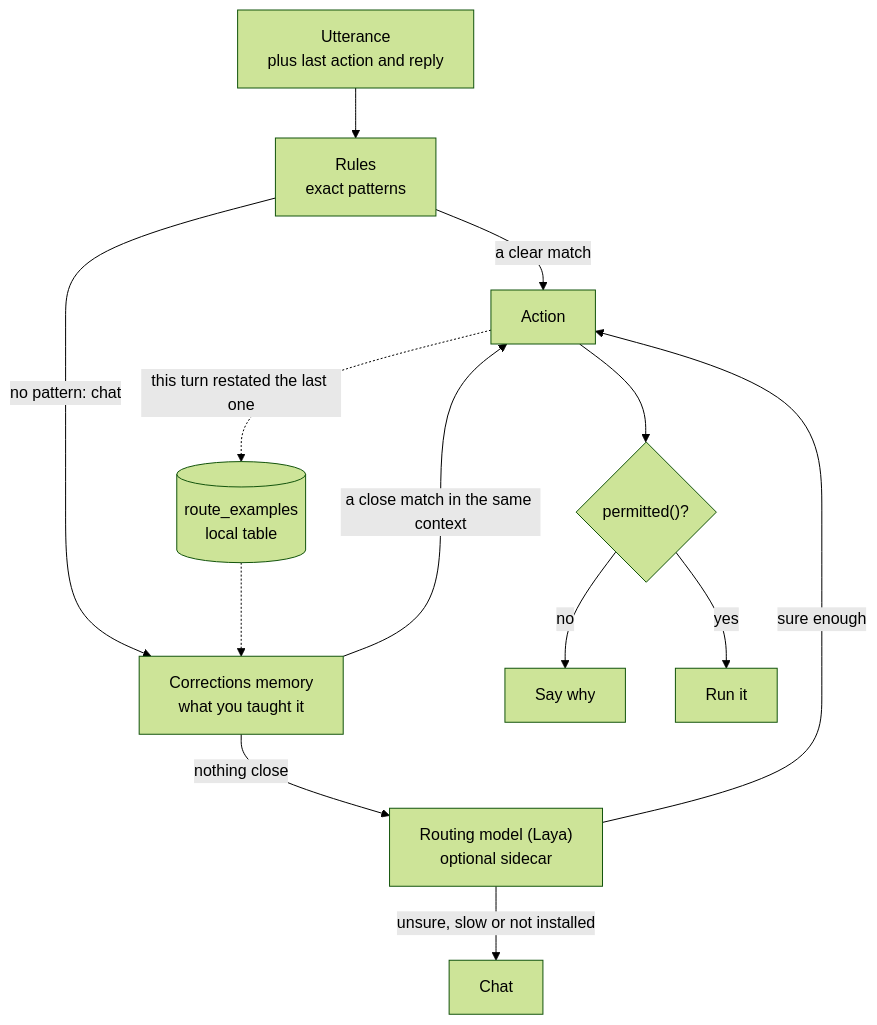
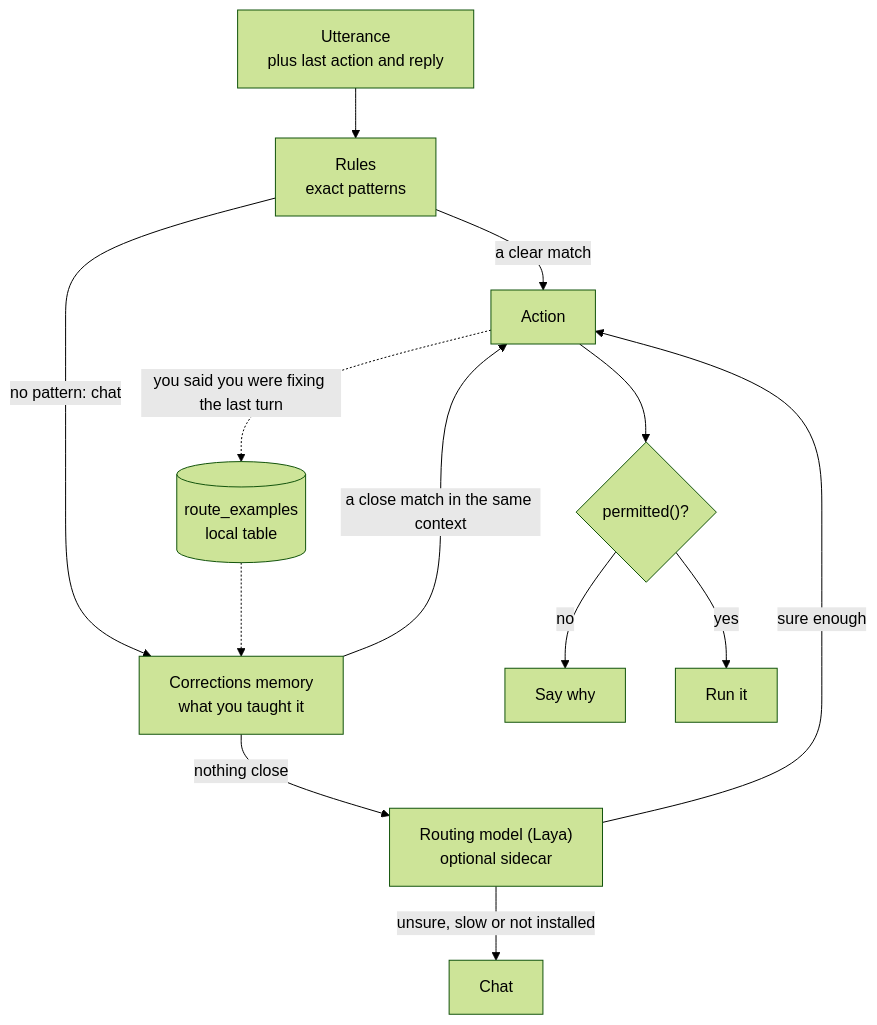
Before and after one commit to rithulkamesh/sunday: the fifth of 9 diagrams in docs/ARCHITECTURE.md, drawn with Mermaid (forest theme). The commit also changed 3 other files, not shown here.

````diff
--- a/docs/ARCHITECTURE.md
+++ b/docs/ARCHITECTURE.md
@@ -132,15 +132,15 @@
 ```mermaid
 flowchart TD
     u["Utterance<br/>plus last action and reply"] --> r["Rules<br/>exact patterns"]
     r -- "a clear match" --> a["Action"]
     r -- "no pattern: chat" --> m["Corrections memory<br/>what you taught it"]
     m -- "a close match in the same context" --> a
     m -- "nothing close" --> d["Routing model (Laya)<br/>optional sidecar"]
     d -- "sure enough" --> a
     d -- "unsure, slow or not installed" --> chat["Chat"]
     a --> p{"permitted()?"}
     p -- "no" --> why["Say why"]
     p -- "yes" --> go["Run it"]
-    a -. "this turn restated the last one" .-> learn[("route_examples<br/>local table")]
+    a -. "you said you were fixing the last turn" .-> learn[("route_examples<br/>local table")]
     learn -.-> m
 ```
````
